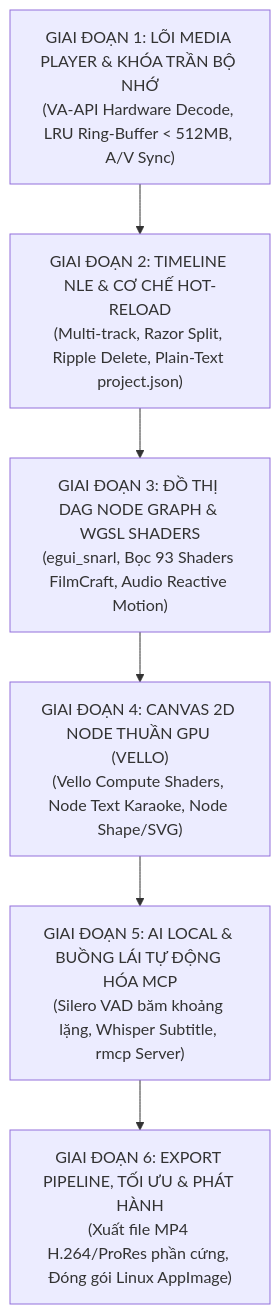
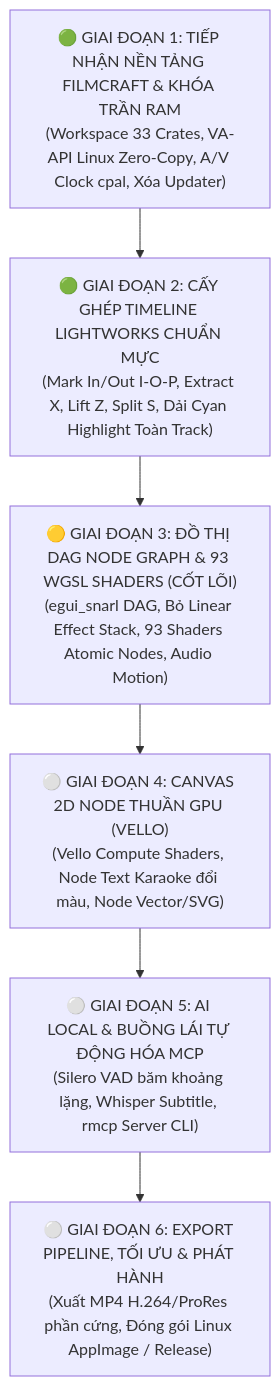
Before and after one commit to chiconcota/darkworks: the diagram in .darkworks-ai/1-overview/project-managers/master-plan-a-z.md, drawn with Mermaid. The commit also changed other lines of this file and 1257 other files, not shown here.

First line of the commit message:
feat(ui): complete Phase 2 Lightworks editing UX, Darkworks branding & app icon

````diff
--- a/.darkworks-ai/1-overview/project-managers/master-plan-a-z.md
+++ b/.darkworks-ai/1-overview/project-managers/master-plan-a-z.md
@@ -13,11 +14,11 @@
 ```mermaid
 flowchart TD
-    P1["GIAI ĐOẠN 1: LÕI MEDIA PLAYER & KHÓA TRẦN BỘ NHỚ\n(VA-API Hardware Decode, LRU Ring-Buffer < 512MB, A/V Sync)"]
-    P2["GIAI ĐOẠN 2: TIMELINE NLE & CƠ CHẾ HOT-RELOAD\n(Multi-track, Razor Split, Ripple Delete, Plain-Text project.json)"]
-    P3["GIAI ĐOẠN 3: ĐỒ THỊ DAG NODE GRAPH & WGSL SHADERS\n(egui_snarl, Bọc 93 Shaders FilmCraft, Audio Reactive Motion)"]
-    P4["GIAI ĐOẠN 4: CANVAS 2D NODE THUẦN GPU (VELLO)\n(Vello Compute Shaders, Node Text Karaoke, Node Shape/SVG)"]
-    P5["GIAI ĐOẠN 5: AI LOCAL & BUỒNG LÁI TỰ ĐỘNG HÓA MCP\n(Silero VAD băm khoảng lặng, Whisper Subtitle, rmcp Server)"]
-    P6["GIAI ĐOẠN 6: EXPORT PIPELINE, TỐI ƯU & PHÁT HÀNH\n(Xuất file MP4 H.264/ProRes phần cứng, Đóng gói Linux AppImage)"]
+    P1["🟢 GIAI ĐOẠN 1: TIẾP NHẬN NỀN TẢNG FILMCRAFT & KHÓA TRẦN RAM\n(Workspace 33 Crates, VA-API Linux Zero-Copy, A/V Clock cpal, Xóa Updater)"]
+    P2["🟢 GIAI ĐOẠN 2: CẤY GHÉP TIMELINE LIGHTWORKS CHUẨN MỰC\n(Mark In/Out I-O-P, Extract X, Lift Z, Split S, Dải Cyan Highlight Toàn Track)"]
+    P3["🟡 GIAI ĐOẠN 3: ĐỒ THỊ DAG NODE GRAPH & 93 WGSL SHADERS (CỐT LÕI)\n(egui_snarl DAG, Bỏ Linear Effect Stack, 93 Shaders Atomic Nodes, Audio Motion)"]
+    P4["⚪ GIAI ĐOẠN 4: CANVAS 2D NODE THUẦN GPU (VELLO)\n(Vello Compute Shaders, Node Text Karaoke đổi màu, Node Vector/SVG)"]
+    P5["⚪ GIAI ĐOẠN 5: AI LOCAL & BUỒNG LÁI TỰ ĐỘNG HÓA MCP\n(Silero VAD băm khoảng lặng, Whisper Subtitle, rmcp Server CLI)"]
+    P6["⚪ GIAI ĐOẠN 6: EXPORT PIPELINE, TỐI ƯU & PHÁT HÀNH\n(Xuất MP4 H.264/ProRes phần cứng, Đóng gói Linux AppImage / Release)"]
 
     P1 --> P2 --> P3 --> P4 --> P5 --> P6
 ```
````
